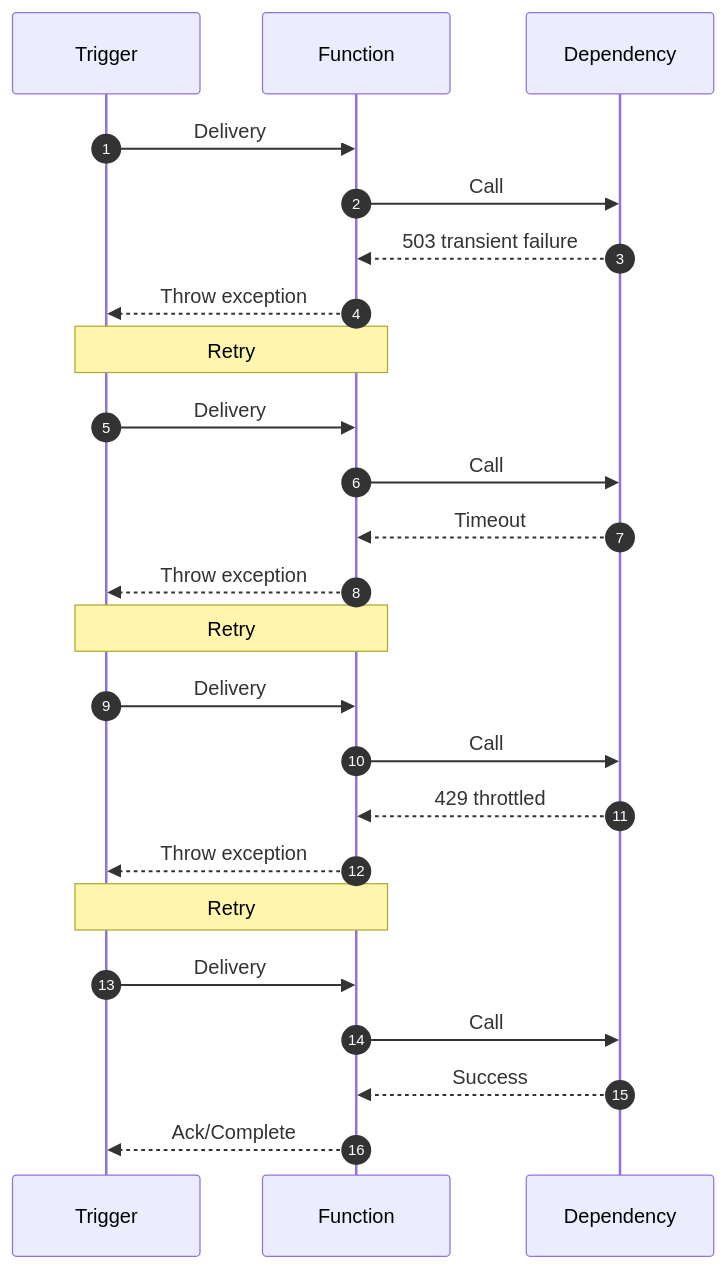
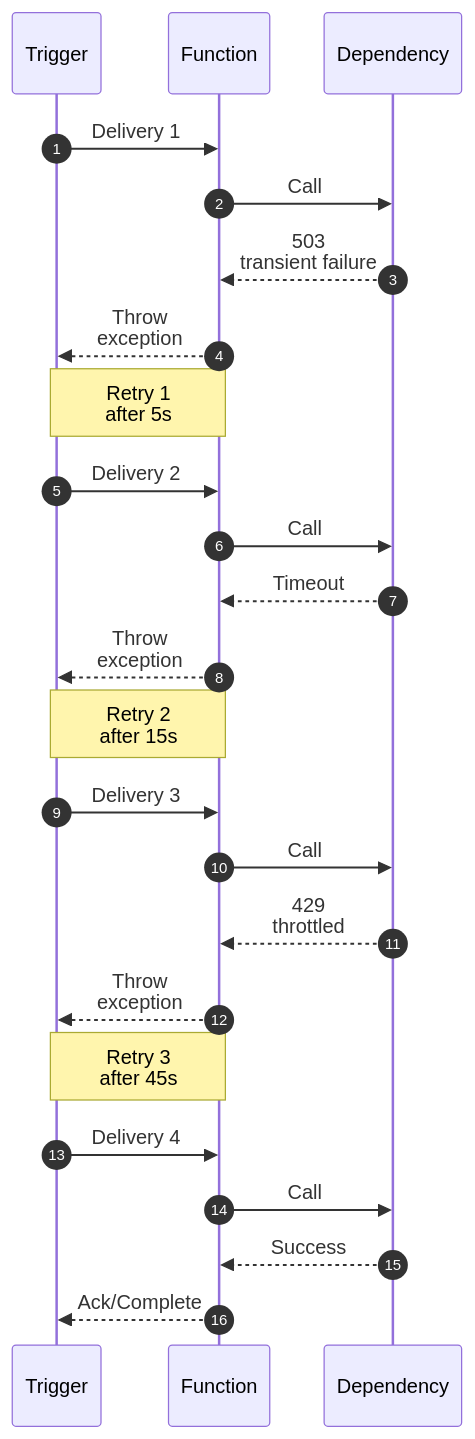
One commit to yeongseon/azure-functions-practical-guide changed the first of 4 diagrams in docs/platform/reliability.md. Above: the diagram before and after it, drawn with Mermaid. The commit also changed other lines of this file and 3 other files, not shown here.

First line of the commit message:
docs(diagrams): migrate Functions reliability and retries — reliability and retries and poison handling and related pages (#423)

````diff
--- a/docs/platform/reliability.md
+++ b/docs/platform/reliability.md
@@ -178,26 +167,29 @@
 ```mermaid
+%%{init: {'sequence': {'diagramMarginX': 5, 'actorMargin': 10, 'width': 55}}}%%
 sequenceDiagram
+    accTitle: Illustrative retry timing across four attempts
+    accDescr: Trigger, Function and Dependency exchange four deliveries and calls in order. The first three fail with 503, timeout and 429, separated by illustrative waits of 5, 15 and 45 seconds. The fourth succeeds. These are not measured or guaranteed platform delays.
     autonumber
     participant T as Trigger
     participant F as Function
     participant D as Dependency
-    T->>F: Delivery #1
+    T->>F: Delivery 1
     F->>D: Call
-    D-->>F: 503 transient failure
-    F-->>T: Throw exception
-    Note over T,F: Retry #1 after 5s
-    T->>F: Delivery #2
+    D-->>F: 503<br/>transient failure
+    F-->>T: Throw<br/>exception
+    Note over T,F: Retry 1<br/>after 5s
+    T->>F: Delivery 2
     F->>D: Call
     D-->>F: Timeout
-    F-->>T: Throw exception
-    Note over T,F: Retry #2 after 15s
-    T->>F: Delivery #3
+    F-->>T: Throw<br/>exception
+    Note over T,F: Retry 2<br/>after 15s
+    T->>F: Delivery 3
     F->>D: Call
-    D-->>F: 429 throttled
-    F-->>T: Throw exception
-    Note over T,F: Retry #3 after 45s
-    T->>F: Delivery #4
+    D-->>F: 429<br/>throttled
+    F-->>T: Throw<br/>exception
+    Note over T,F: Retry 3<br/>after 45s
+    T->>F: Delivery 4
     F->>D: Call
     D-->>F: Success
     F-->>T: Ack/Complete
 ```
````
